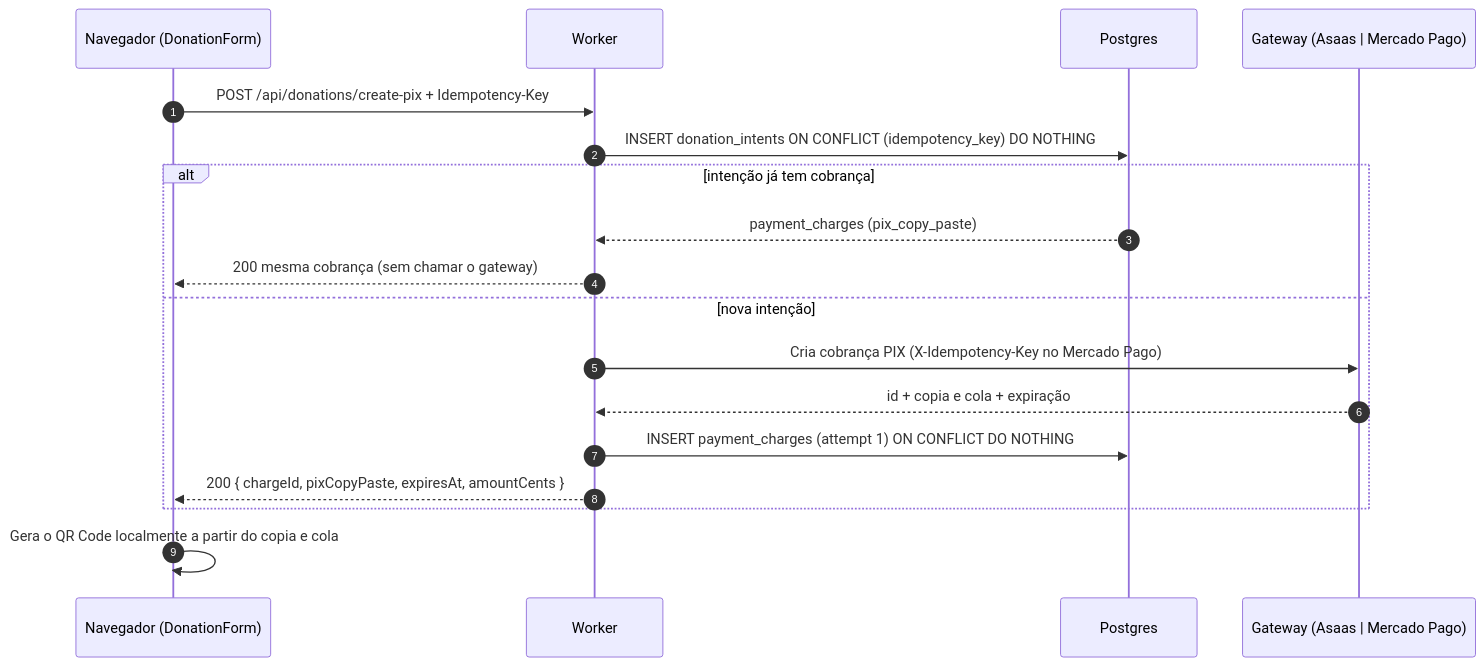
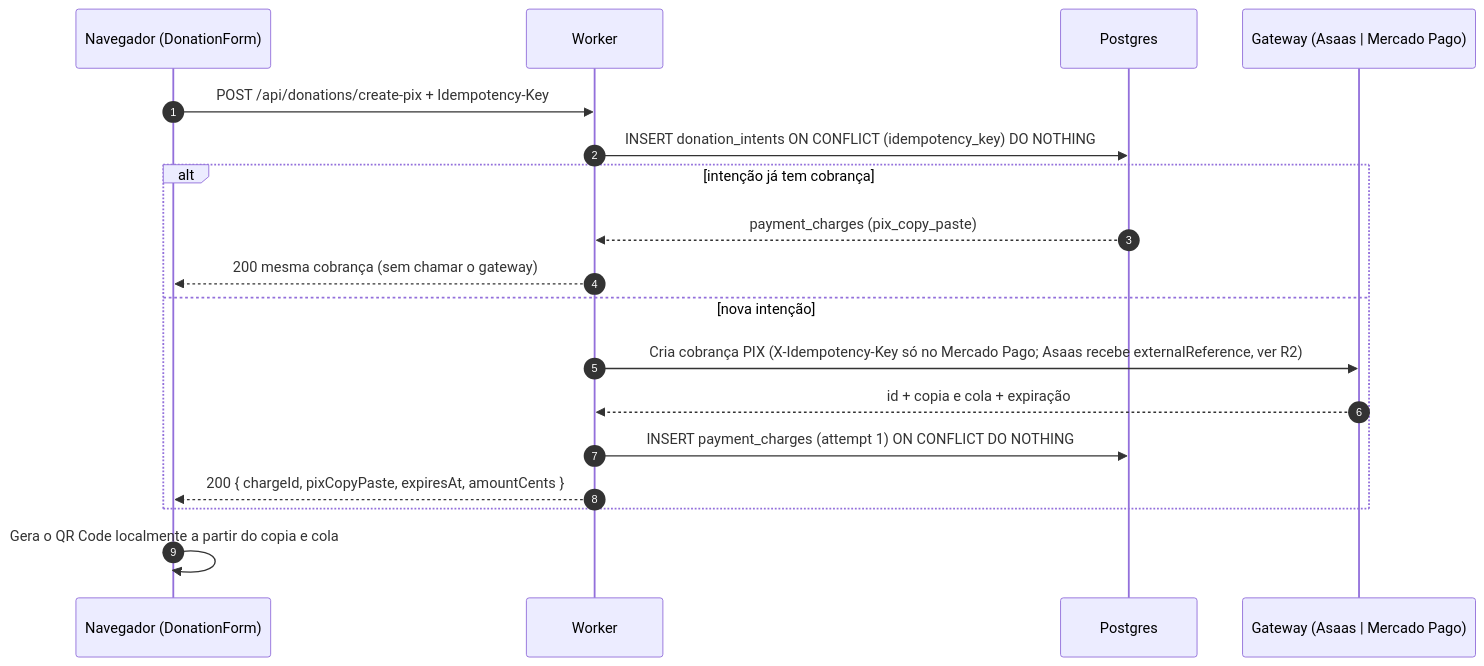
Before and after one commit to purelifeministriesbrasil/documentation: the second of 6 diagrams in docs/architecture/sequence-diagrams.md, drawn with Mermaid. The commit also changed other lines of this file and 36 other files, not shown here.

````diff
--- a/docs/architecture/sequence-diagrams.md
+++ b/docs/architecture/sequence-diagrams.md
@@ -40,21 +40,21 @@
 ```mermaid
 sequenceDiagram
     autonumber
     participant B as Navegador (DonationForm)
     participant W as Worker
     participant DB as Postgres
     participant G as Gateway (Asaas | Mercado Pago)
 
     B->>W: POST /api/donations/create-pix + Idempotency-Key
     W->>DB: INSERT donation_intents ON CONFLICT (idempotency_key) DO NOTHING
     alt intenção já tem cobrança
         DB-->>W: payment_charges (pix_copy_paste)
         W-->>B: 200 mesma cobrança (sem chamar o gateway)
     else nova intenção
-        W->>G: Cria cobrança PIX (X-Idempotency-Key no Mercado Pago)
+        W->>G: Cria cobrança PIX (X-Idempotency-Key só no Mercado Pago#59; Asaas recebe externalReference, ver R2)
         G-->>W: id + copia e cola + expiração
         W->>DB: INSERT payment_charges (attempt 1) ON CONFLICT DO NOTHING
         W-->>B: 200 { chargeId, pixCopyPaste, expiresAt, amountCents }
     end
     B->>B: Gera o QR Code localmente a partir do copia e cola
 ```
````
